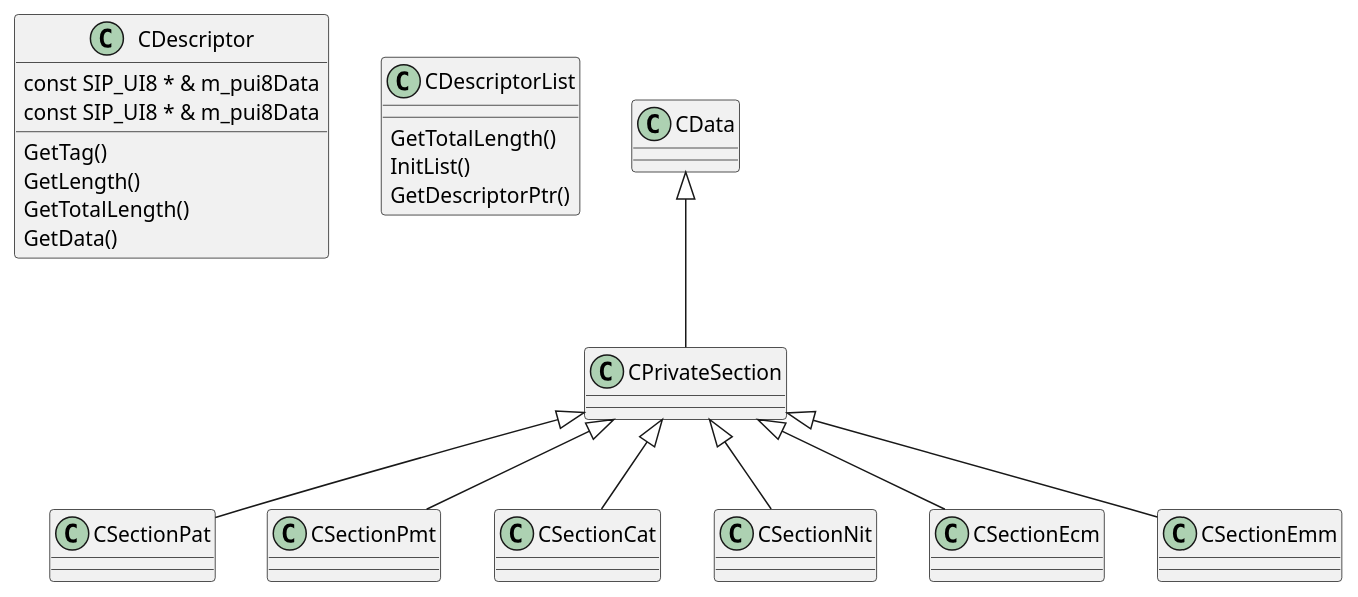
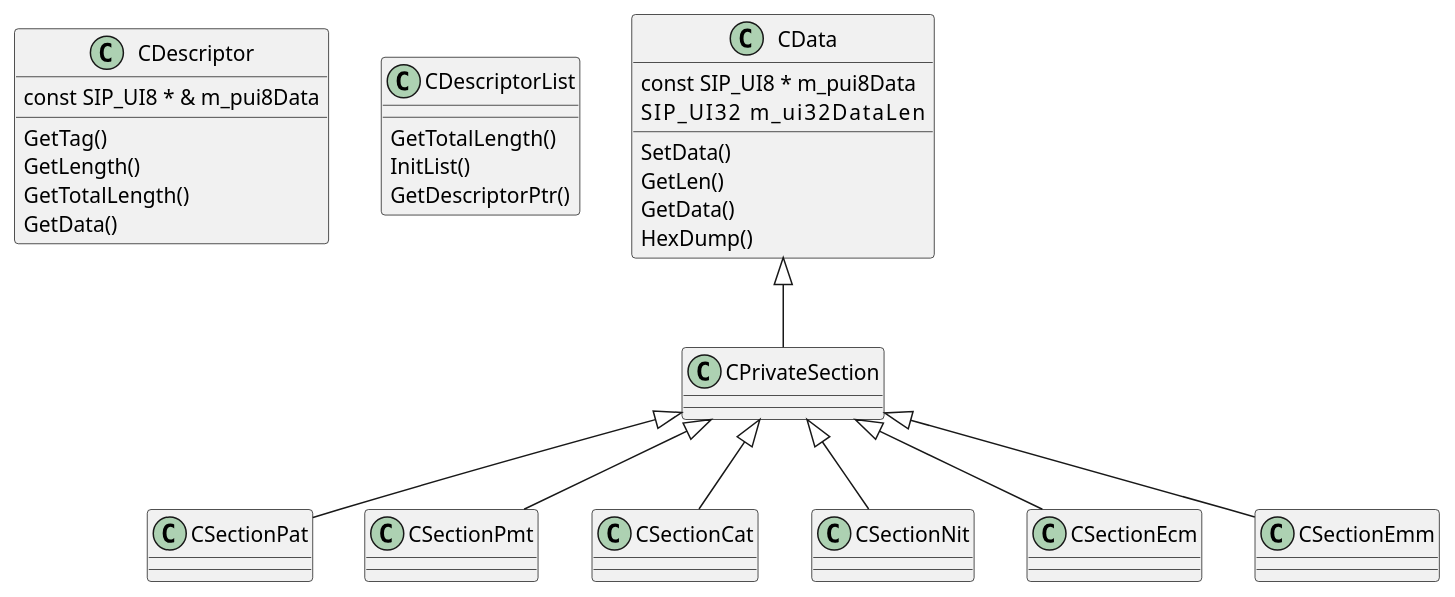
One commit to gymk/simple-si-parser changed the diagram in class_diagram.plantuml. Above: the diagram before and after it, drawn with PlantUML.

Commit message:
updated class diagram

```diff
--- a/class_diagram.plantuml
+++ b/class_diagram.plantuml
@@ -1,35 +1,41 @@
 @startuml
 
-class CDescriptor
-{
-    const SIP_UI8 * & m_pui8Data
+class CDescriptor {
     const SIP_UI8 * & m_pui8Data
     GetTag()
     GetLength()
     GetTotalLength()
     GetData()
 }
 
-class CDescriptorList
-{
+class CDescriptorList {
     GetTotalLength()
     InitList()
     GetDescriptorPtr()
+}
+
+class CData {
+    const SIP_UI8 * m_pui8Data
+    SIP_UI32        m_ui32DataLen
+    SetData()
+    GetLen()
+    GetData()
+    HexDump()
 }
 
 CData <|-- CPrivateSection
 
 
 CPrivateSection <|-- CSectionPat
 
 CPrivateSection <|-- CSectionPmt
 
 CPrivateSection <|-- CSectionCat
 
 CPrivateSection <|-- CSectionNit
 
 CPrivateSection <|-- CSectionEcm
 
 CPrivateSection <|-- CSectionEmm
 
 @enduml
```
